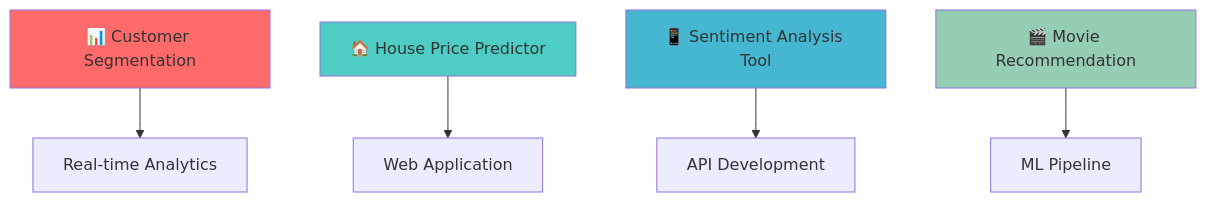
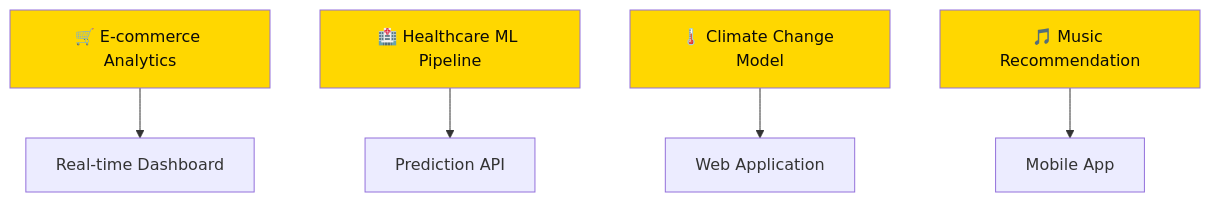
The diagram in README.md (sathishdhud/sathishdhud), drawn with Mermaid before and after one commit. The commit also changed other lines of this file, not shown here.

````diff
--- a/README.md
+++ b/README.md
@@ -190,12 +204,12 @@
 ```mermaid
 graph TD
-    A[📊 Customer Segmentation] --> B[Real-time Analytics]
-    C[🏠 House Price Predictor] --> D[Web Application]
-    E[📱 Sentiment Analysis Tool] --> F[API Development]
-    G[🎬 Movie Recommendation] --> H[ML Pipeline]
+    A[🛒 E-commerce Analytics] --> B[Real-time Dashboard]
+    C[🏥 Healthcare ML Pipeline] --> D[Prediction API]
+    E[🌡️ Climate Change Model] --> F[Web Application]
+    G[🎵 Music Recommendation] --> H[Mobile App]
     
-    style A fill:#ff6b6b
-    style C fill:#4ecdc4
-    style E fill:#45b7d1
-    style G fill:#96ceb4
+    style A fill:#FFD700,color:#0A0A0A
+    style C fill:#FFD700,color:#0A0A0A
+    style E fill:#FFD700,color:#0A0A0A
+    style G fill:#FFD700,color:#0A0A0A
 ```
````
